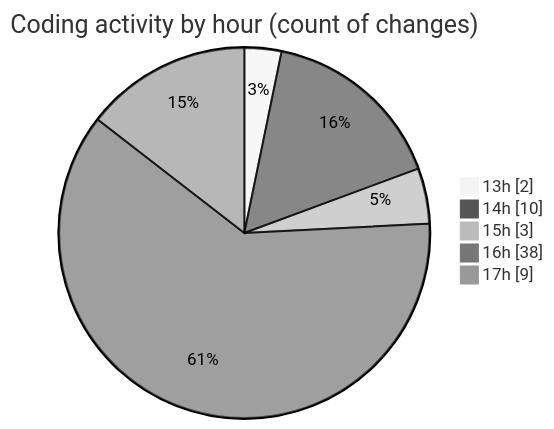
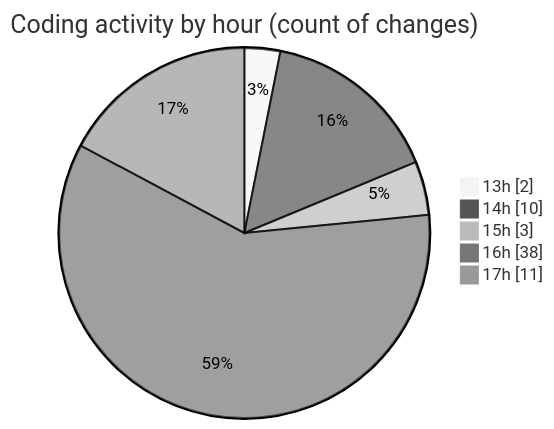
Before and after one commit to nxtqubesakshisongat/code-tracking: the second of 2 diagrams in 2026-03-12/nxtqube_webapp/README.md, drawn with Mermaid (neutral theme). The commit also changed other lines of this file and 1 other file, not shown here.

````diff
--- a/2026-03-12/nxtqube_webapp/README.md
+++ b/2026-03-12/nxtqube_webapp/README.md
@@ -41,9 +41,9 @@
 ```mermaid
 pie showData
 title Coding activity by hour (count of changes)
 "13h" : 2
 "14h" : 10
 "15h" : 3
 "16h" : 38
-"17h" : 9
+"17h" : 11
 ```
````
